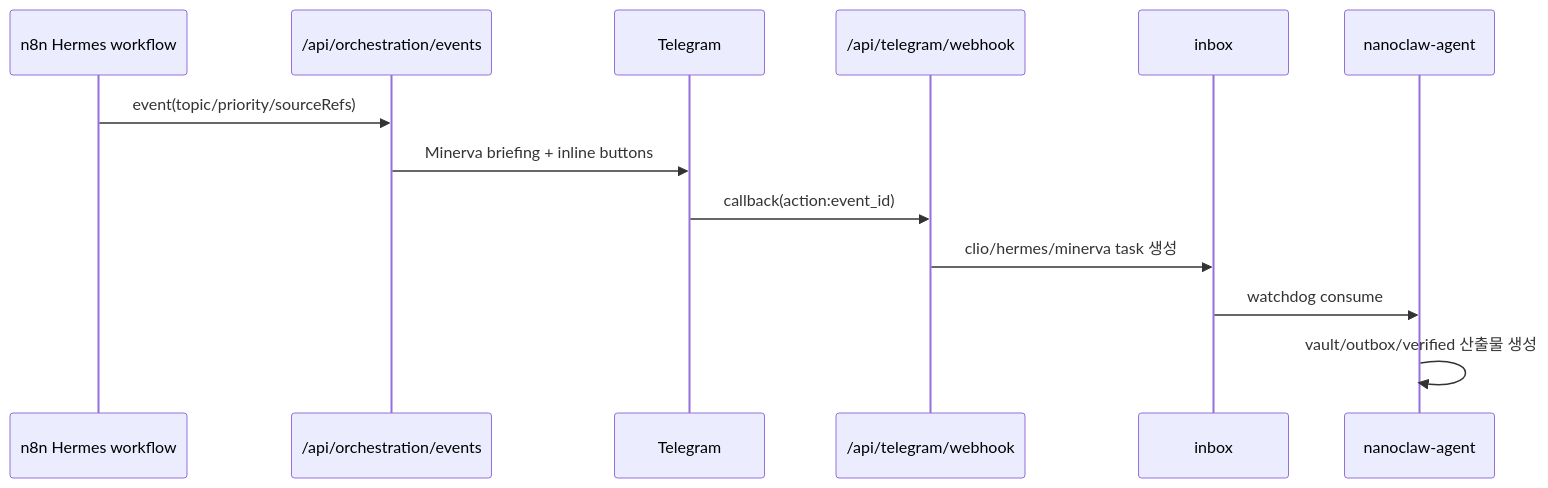
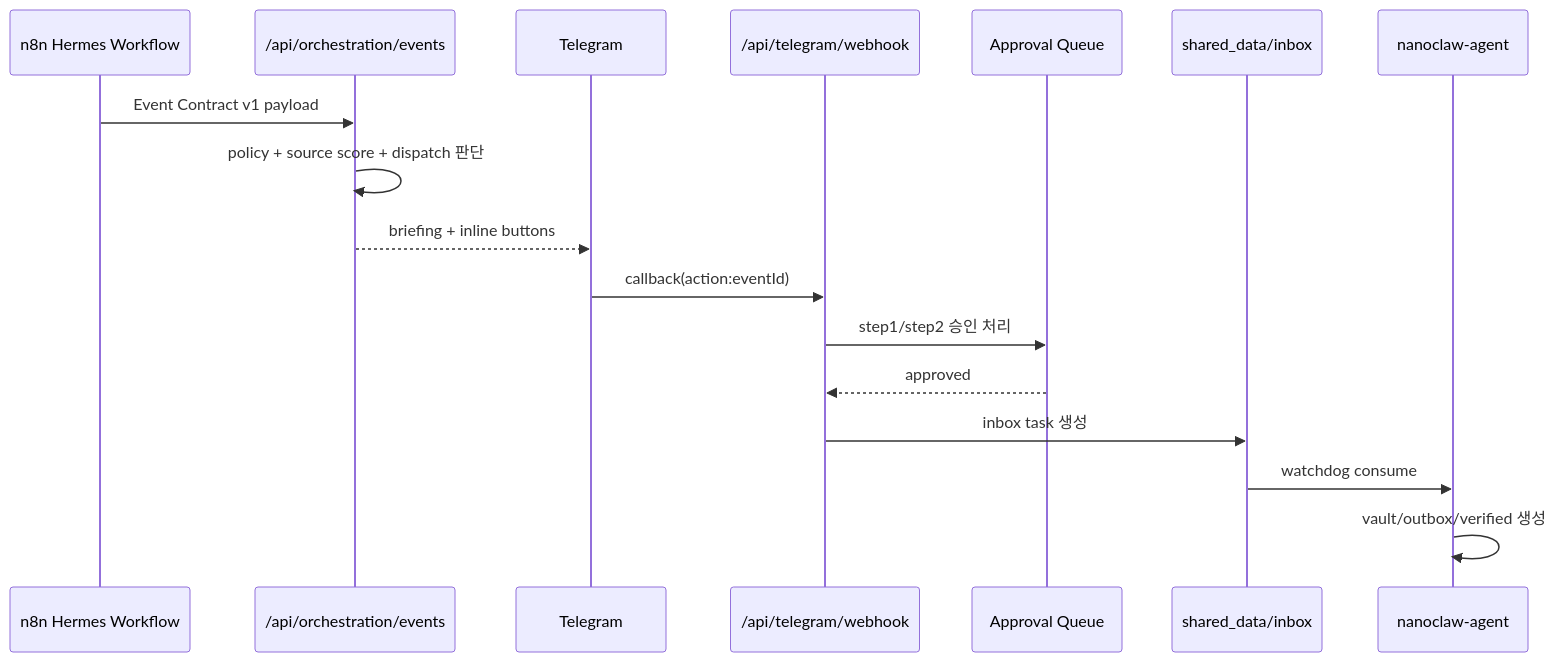
One commit to Merchantlee99/Personal-AI-agent-v2 changed the fourth of 5 diagrams in docs/ARCHITECTURE.md. Above: the diagram before and after it, drawn with Mermaid. The commit also changed other lines of this file and 43 other files, not shown here.

````diff
--- a/docs/ARCHITECTURE.md
+++ b/docs/ARCHITECTURE.md
@@ -86,16 +121,20 @@
 ```mermaid
 sequenceDiagram
-  participant W as n8n Hermes workflow
+  participant N as n8n Hermes Workflow
   participant O as /api/orchestration/events
   participant T as Telegram
-  participant C as /api/telegram/webhook
-  participant I as inbox
-  participant A as nanoclaw-agent
+  participant W as /api/telegram/webhook
+  participant A as Approval Queue
+  participant I as shared_data/inbox
+  participant G as nanoclaw-agent
 
-  W->>O: event(topic/priority/sourceRefs)
-  O->>T: Minerva briefing + inline buttons
-  T->>C: callback(action:event_id)
-  C->>I: clio/hermes/minerva task 생성
-  I->>A: watchdog consume
-  A->>A: vault/outbox/verified 산출물 생성
+  N->>O: Event Contract v1 payload
+  O->>O: policy + source score + dispatch 판단
+  O-->>T: briefing + inline buttons
+  T->>W: callback(action:eventId)
+  W->>A: step1/step2 승인 처리
+  A-->>W: approved
+  W->>I: inbox task 생성
+  I->>G: watchdog consume
+  G->>G: vault/outbox/verified 생성
 ```
````
